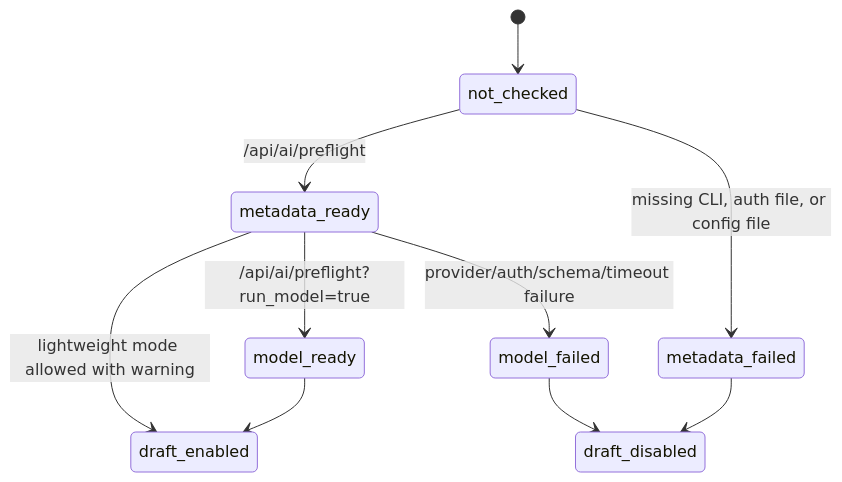
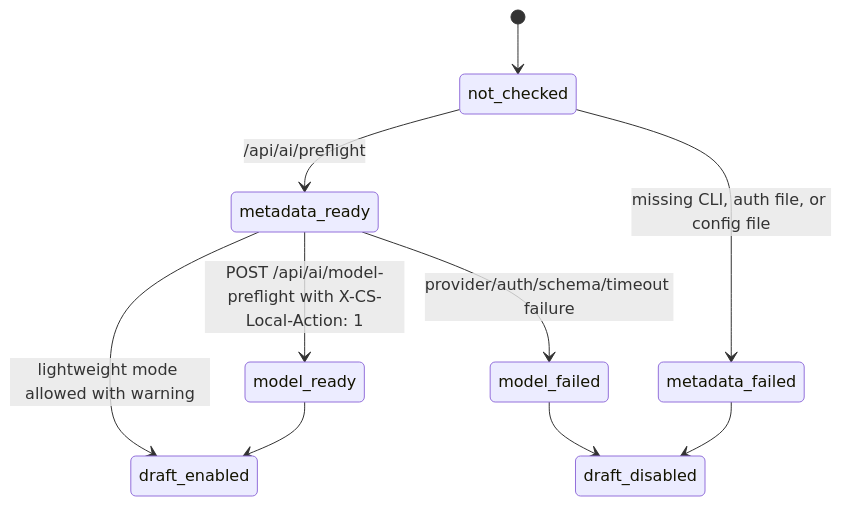
Before and after one commit to EricWang1358/cs-learning-os: the sixth of 12 diagrams in docs/state-machine.md, drawn with Mermaid. The commit also changed other lines of this file and 8 other files, not shown here.

Commit message:
fix(backend): guard local model preflight

````diff
--- a/docs/state-machine.md
+++ b/docs/state-machine.md
@@ -354,12 +354,12 @@
 ```mermaid
 stateDiagram-v2
     [*] --> not_checked
     not_checked --> metadata_ready: /api/ai/preflight
     not_checked --> metadata_failed: missing CLI, auth file, or config file
-    metadata_ready --> model_ready: /api/ai/preflight?run_model=true
+    metadata_ready --> model_ready: POST /api/ai/model-preflight with X-CS-Local-Action: 1
     metadata_ready --> model_failed: provider/auth/schema/timeout failure
     model_ready --> draft_enabled
     metadata_ready --> draft_enabled: lightweight mode allowed with warning
     metadata_failed --> draft_disabled
     model_failed --> draft_disabled
 ```
````
